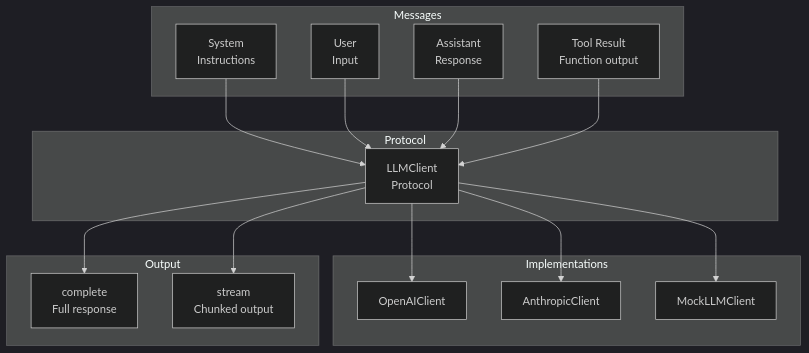
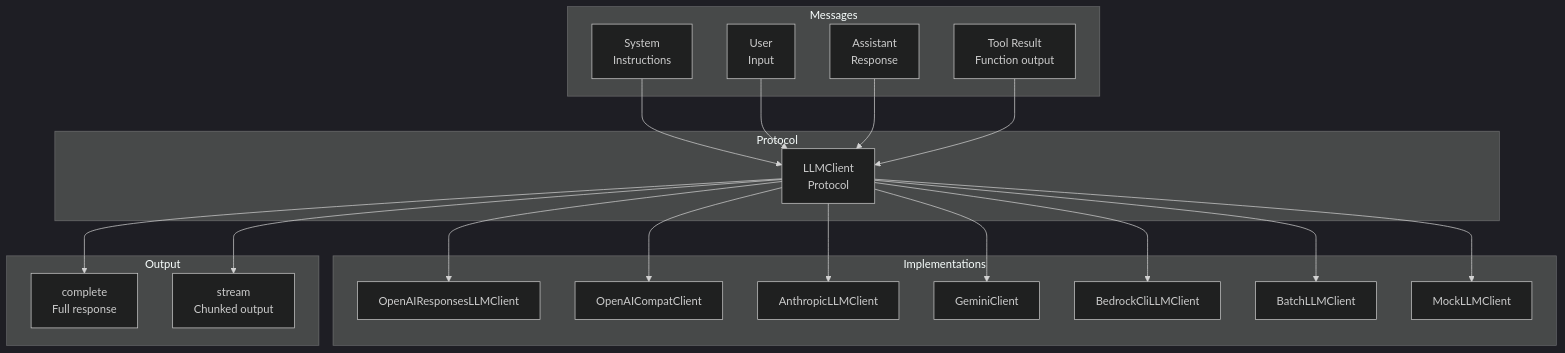
The first of 2 diagrams in docs/llm.md (drchinca/cemaf), drawn with Mermaid (dark theme) before and after one commit. The commit also changed other lines of this file and 246 other files, not shown here.

````diff
--- a/docs/llm.md
+++ b/docs/llm.md
@@ -7,34 +7,42 @@
 ```mermaid
 flowchart TB
     subgraph Protocol
         CLIENT[LLMClient<br/>Protocol]
     end
 
     subgraph Implementations
-        OPENAI[OpenAIClient]
-        ANTHROPIC[AnthropicClient]
+        OPENAI[OpenAIResponsesLLMClient]
+        COMPAT[OpenAICompatClient]
+        ANTHROPIC[AnthropicLLMClient]
+        GEMINI[GeminiClient]
+        BEDROCK[BedrockCliLLMClient]
+        BATCH[BatchLLMClient]
         MOCK[MockLLMClient]
     end
 
     subgraph Messages
         SYS[System<br/>Instructions]
         USER[User<br/>Input]
         ASST[Assistant<br/>Response]
         TOOL[Tool Result<br/>Function output]
     end
 
     subgraph Output
         COMPLETE[complete<br/>Full response]
         STREAM[stream<br/>Chunked output]
     end
 
     CLIENT --> OPENAI
+    CLIENT --> COMPAT
     CLIENT --> ANTHROPIC
+    CLIENT --> GEMINI
+    CLIENT --> BEDROCK
+    CLIENT --> BATCH
     CLIENT --> MOCK
     SYS --> CLIENT
     USER --> CLIENT
     ASST --> CLIENT
     TOOL --> CLIENT
     CLIENT --> COMPLETE
     CLIENT --> STREAM
 ```
````
